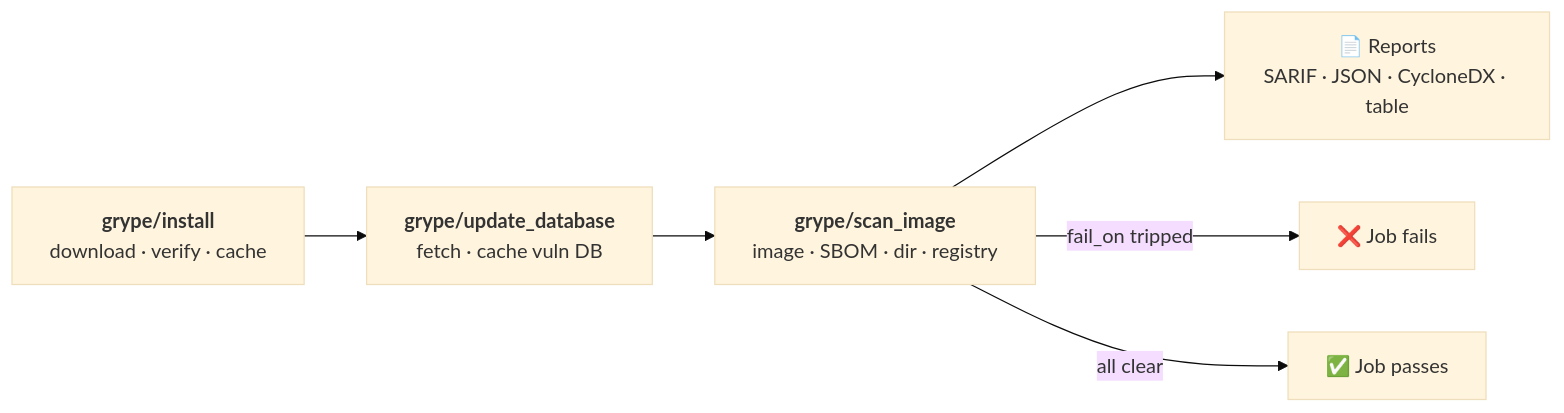
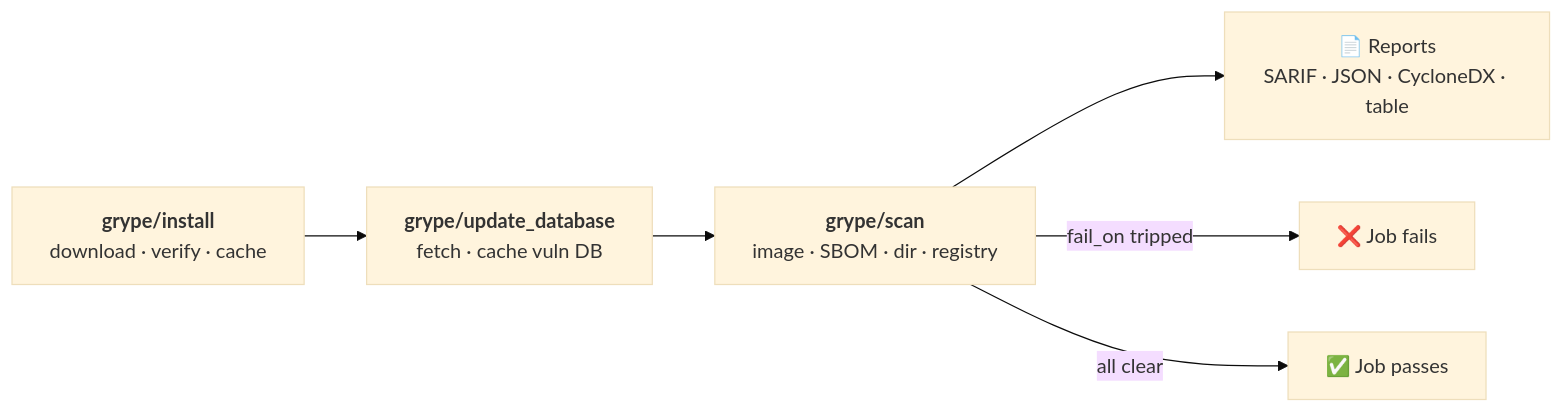
The diagram in README.md (juburr/grype-orb), drawn with Mermaid (base theme) before and after one commit. The commit also changed other lines of this file and 14 other files, not shown here.

First line of the commit message:
feat!: rename scan_image to scan and unify its report outputs (#32)

````diff
--- a/README.md
+++ b/README.md
@@ -58,8 +58,8 @@
 ```mermaid
 flowchart LR
     A["<b>grype/install</b><br/>download · verify · cache"] --> B["<b>grype/update_database</b><br/>fetch · cache vuln DB"]
-    B --> C["<b>grype/scan_image</b><br/>image · SBOM · dir · registry"]
+    B --> C["<b>grype/scan</b><br/>image · SBOM · dir · registry"]
     C --> D["📄 Reports<br/>SARIF · JSON · CycloneDX · table"]
     C -- "fail_on tripped" --> F["❌ Job fails"]
     C -- "all clear" --> G["✅ Job passes"]
 ```
````
